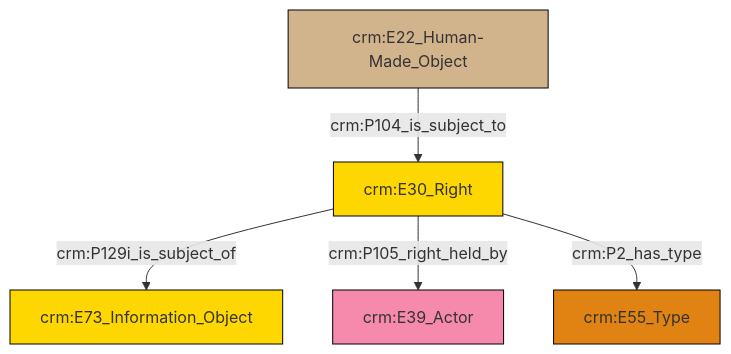
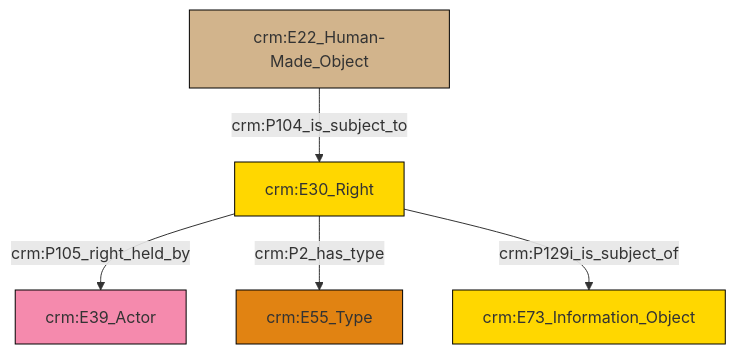
One commit to swiss-art-research-net/docs.swissartresearch changed the diagram in et/carrierCSV/ttl/mmd/carrier_rights.ttl.mmd. Above: the diagram before and after it, drawn with Mermaid. The commit also changed 179 other files, not shown here.

```diff
--- a/et/carrierCSV/ttl/mmd/carrier_rights.ttl.mmd
+++ b/et/carrierCSV/ttl/mmd/carrier_rights.ttl.mmd
@@ -1,19 +1,19 @@
 graph TD
 classDef Literal fill:#f2f2f2,stroke:#000000;
 classDef CRM_Entity fill:#FFFFFF,stroke:#000000;
 classDef Temporal_Entity fill:#00C9E6, stroke:#000000;
 classDef Type fill:#E18312, stroke:#000000;
 classDef Time-Span fill:#2C9C91, stroke:#000000;
 classDef Appellation fill:#FFEB7F, stroke:#000000;
 classDef Place fill:#008836, stroke:#000000;
 classDef Persistent_Item fill:#B266B2, stroke:#000000;
 classDef Conceptual_Object fill:#FFD700, stroke:#000000;
 classDef Physical_Thing fill:#D2B48C, stroke:#000000;
 classDef Actor fill:#f58aad, stroke:#000000;
 classDef PC_Classes fill:#4ce600, stroke:#000000;
 classDef Multi fill:#cccccc,stroke:#000000;
 
-4["crm:E30_Right"]:::Conceptual_Object -->|crm:P129i_is_subject_of| 5["crm:E73_Information_Object"]:::Conceptual_Object
-4["crm:E30_Right"]:::Conceptual_Object -->|crm:P105_right_held_by| 6["crm:E39_Actor"]:::Actor
-0["crm:E22_Human-Made_Object"]:::Physical_Thing -->|crm:P104_is_subject_to| 4["crm:E30_Right"]:::Conceptual_Object
-4["crm:E30_Right"]:::Conceptual_Object -->|crm:P2_has_type| 2["crm:E55_Type"]:::Type
+0["crm:E30_Right"]:::Conceptual_Object -->|crm:P105_right_held_by| 2["crm:E39_Actor"]:::Actor
+0["crm:E30_Right"]:::Conceptual_Object -->|crm:P2_has_type| 5["crm:E55_Type"]:::Type
+3["crm:E22_Human-Made_Object"]:::Physical_Thing -->|crm:P104_is_subject_to| 0["crm:E30_Right"]:::Conceptual_Object
+0["crm:E30_Right"]:::Conceptual_Object -->|crm:P129i_is_subject_of| 6["crm:E73_Information_Object"]:::Conceptual_Object
```
